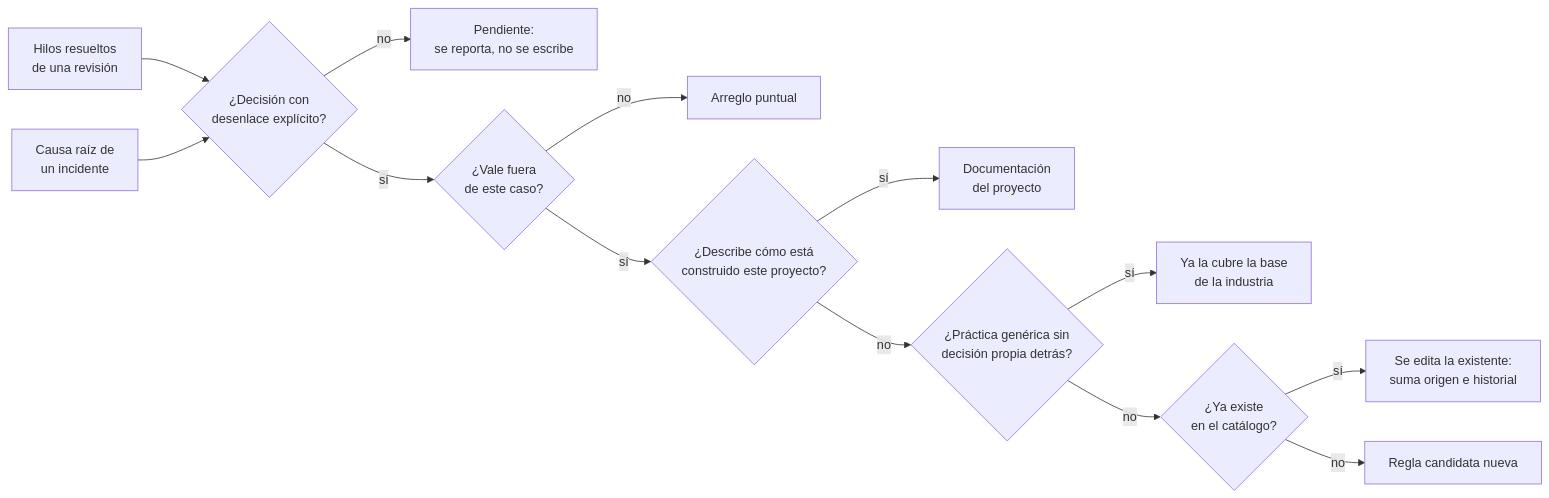
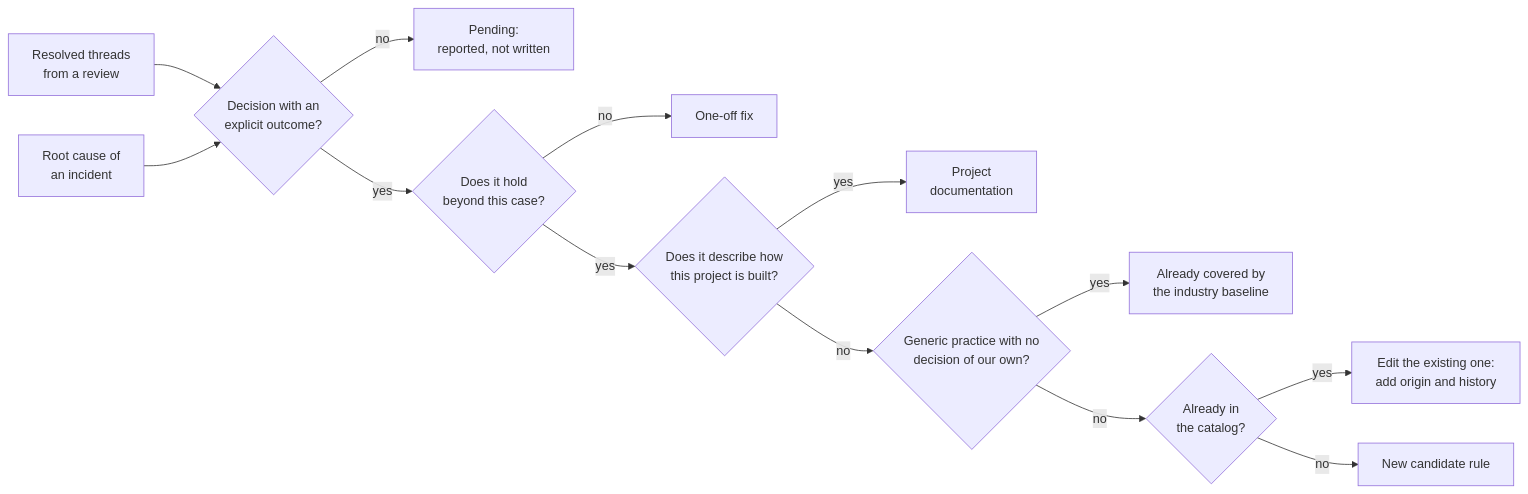
Before and after one commit to javierdres/cauce-framework: the fourth of 4 diagrams in CAUCE.md, drawn with Mermaid. The commit also changed other lines of this file and 52 other files, not shown here.

````diff
--- a/CAUCE.md
+++ b/CAUCE.md
@@ -605,15 +595,15 @@
 ```mermaid
 flowchart LR
-    A["Hilos resueltos<br/>de una revisión"] --> C{"¿Decisión con<br/>desenlace explícito?"}
-    B["Causa raíz de<br/>un incidente"] --> C
-    C -->|no| D["Pendiente:<br/>se reporta, no se escribe"]
-    C -->|sí| E{"¿Vale fuera<br/>de este caso?"}
-    E -->|no| F["Arreglo puntual"]
-    E -->|sí| G{"¿Describe cómo está<br/>construido este proyecto?"}
-    G -->|sí| H["Documentación<br/>del proyecto"]
-    G -->|no| I{"¿Práctica genérica sin<br/>decisión propia detrás?"}
-    I -->|sí| J["Ya la cubre la base<br/>de la industria"]
-    I -->|no| K{"¿Ya existe<br/>en el catálogo?"}
-    K -->|sí| L["Se edita la existente:<br/>suma origen e historial"]
-    K -->|no| M["Regla candidata nueva"]
+    A["Resolved threads<br/>from a review"] --> C{"Decision with an<br/>explicit outcome?"}
+    B["Root cause of<br/>an incident"] --> C
+    C -->|no| D["Pending:<br/>reported, not written"]
+    C -->|yes| E{"Does it hold<br/>beyond this case?"}
+    E -->|no| F["One-off fix"]
+    E -->|yes| G{"Does it describe how<br/>this project is built?"}
+    G -->|yes| H["Project<br/>documentation"]
+    G -->|no| I{"Generic practice with no<br/>decision of our own?"}
+    I -->|yes| J["Already covered by<br/>the industry baseline"]
+    I -->|no| K{"Already in<br/>the catalog?"}
+    K -->|yes| L["Edit the existing one:<br/>add origin and history"]
+    K -->|no| M["New candidate rule"]
 ```
````
